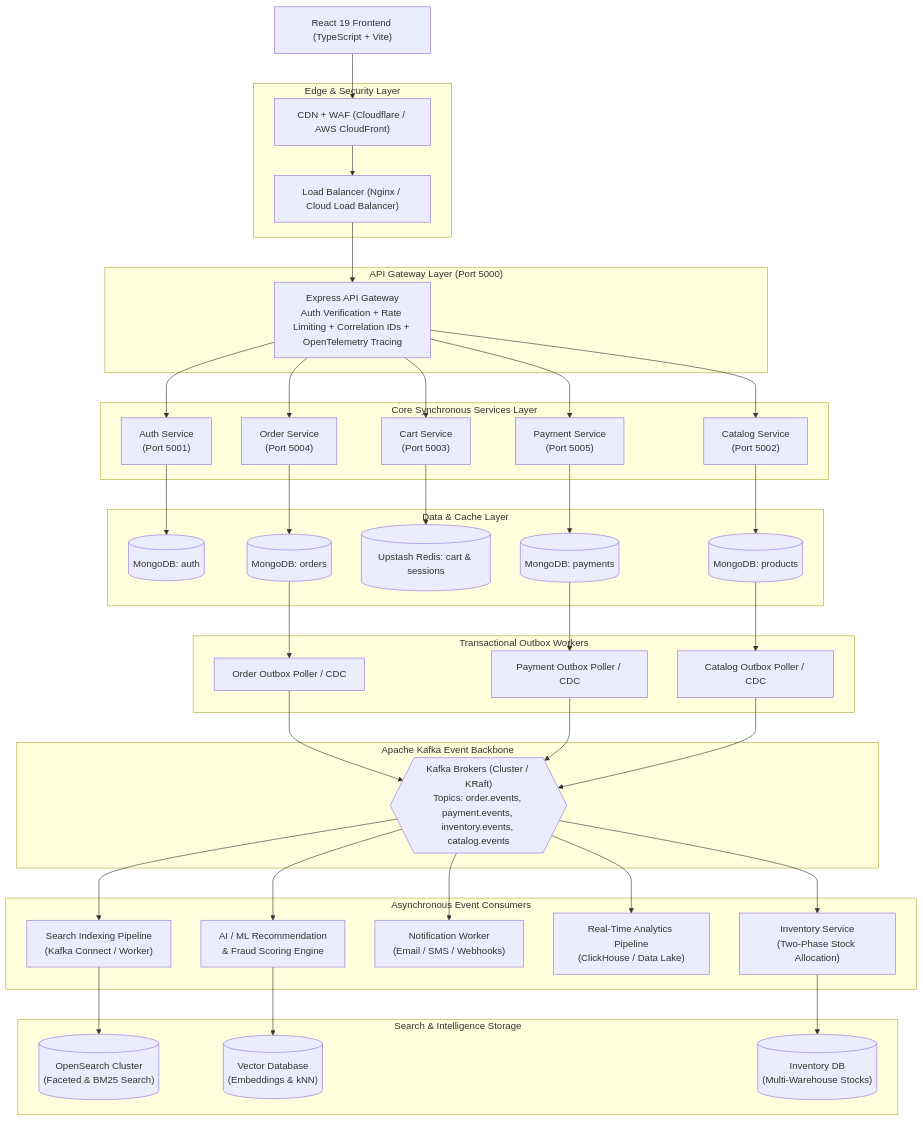
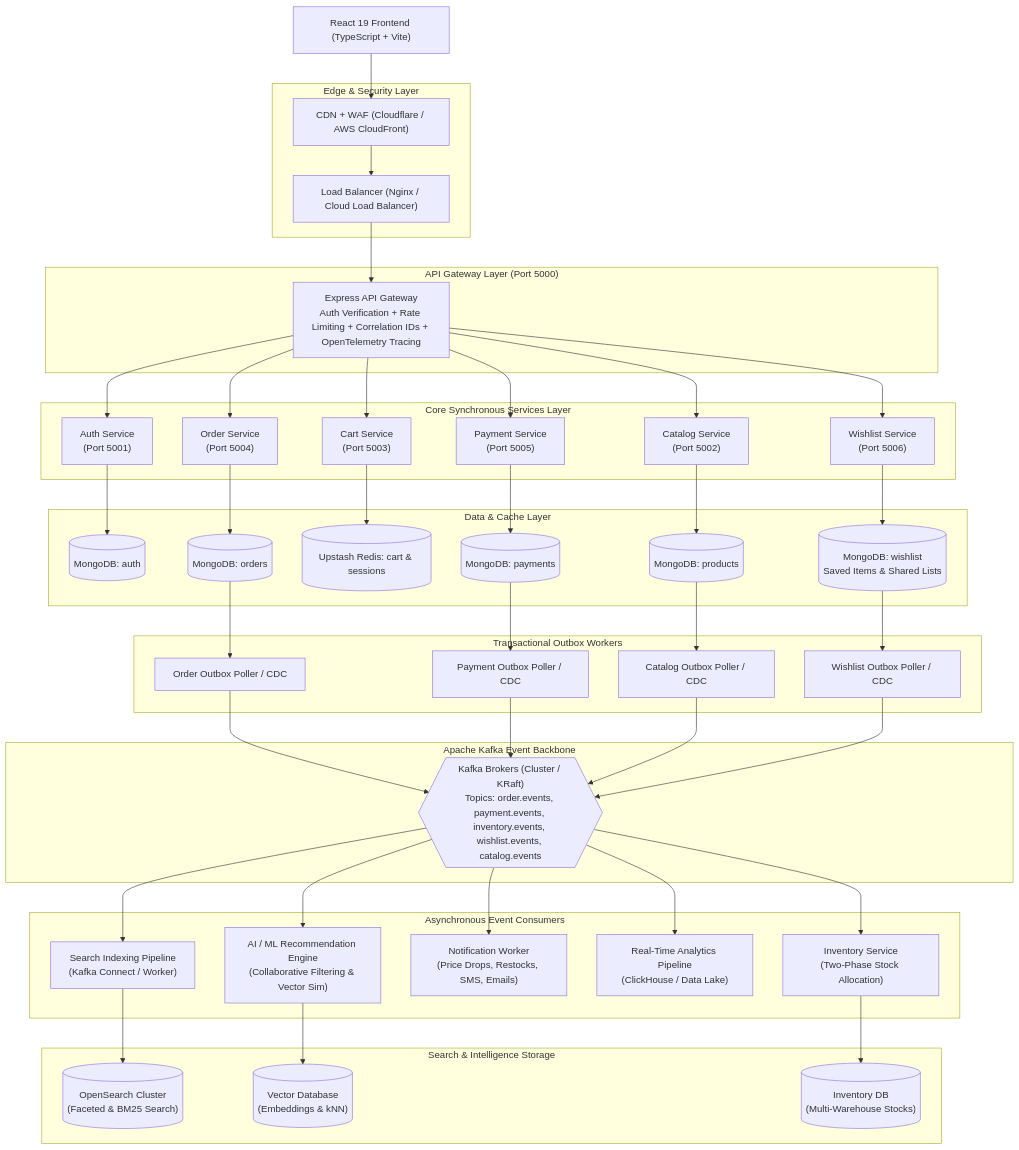
Before and after one commit to Next-Gen-Coder-2007/E-Commerce: the second of 16 diagrams in README.md, drawn with Mermaid. The commit also changed other lines of this file, not shown here.

````diff
--- a/README.md
+++ b/README.md
@@ -101,76 +102,82 @@
 ```mermaid
 flowchart TD
     Client["React 19 Frontend (TypeScript + Vite)"]
     
     subgraph EdgeLayer["Edge & Security Layer"]
         CDN["CDN + WAF (Cloudflare / AWS CloudFront)"]
         LB["Load Balancer (Nginx / Cloud Load Balancer)"]
     end
     
     subgraph GatewayLayer["API Gateway Layer (Port 5000)"]
         Gateway["Express API Gateway\nAuth Verification + Rate Limiting + Correlation IDs + OpenTelemetry Tracing"]
     end
     
     subgraph CoreServices["Core Synchronous Services Layer"]
         AuthSvc["Auth Service\n(Port 5001)"]
         CatalogSvc["Catalog Service\n(Port 5002)"]
         CartSvc["Cart Service\n(Port 5003)"]
+        WishlistSvc["Wishlist Service\n(Port 5006)"]
         OrderSvc["Order Service\n(Port 5004)"]
         PaymentSvc["Payment Service\n(Port 5005)"]
     end
 
     subgraph DataStorage["Data & Cache Layer"]
         AuthDB[("MongoDB: auth")]
         CatalogDB[("MongoDB: products")]
         CartRedis[("Upstash Redis: cart & sessions")]
+        WishlistDB[("MongoDB: wishlist\nSaved Items & Shared Lists")]
         OrderDB[("MongoDB: orders")]
         PaymentDB[("MongoDB: payments")]
     end
     
     subgraph OutboxLayer["Transactional Outbox Workers"]
         OrderOutbox["Order Outbox Poller / CDC"]
         PaymentOutbox["Payment Outbox Poller / CDC"]
         CatalogOutbox["Catalog Outbox Poller / CDC"]
+        WishlistOutbox["Wishlist Outbox Poller / CDC"]
     end
 
     subgraph EventBackbone["Apache Kafka Event Backbone"]
-        KafkaBrokers{{"Kafka Brokers (Cluster / KRaft)\nTopics: order.events, payment.events, inventory.events, catalog.events"}}
+        KafkaBrokers{{"Kafka Brokers (Cluster / KRaft)\nTopics: order.events, payment.events, inventory.events, wishlist.events, catalog.events"}}
     end
 
     subgraph AsyncWorkers["Asynchronous Event Consumers"]
         InvWorker["Inventory Service\n(Two-Phase Stock Allocation)"]
         SearchWorker["Search Indexing Pipeline\n(Kafka Connect / Worker)"]
-        NotifWorker["Notification Worker\n(Email / SMS / Webhooks)"]
+        NotifWorker["Notification Worker\n(Price Drops, Restocks, SMS, Emails)"]
         AnalyticsWorker["Real-Time Analytics Pipeline\n(ClickHouse / Data Lake)"]
-        AIWorker["AI / ML Recommendation\n& Fraud Scoring Engine"]
+        AIWorker["AI / ML Recommendation Engine\n(Collaborative Filtering & Vector Sim)"]
     end
 
     subgraph SearchAICluster["Search & Intelligence Storage"]
         OpenSearch[("OpenSearch Cluster\n(Faceted & BM25 Search)")]
         VectorDB[("Vector Database\n(Embeddings & kNN)")]
         WarehouseDB[("Inventory DB\n(Multi-Warehouse Stocks)")]
     end
 
     Client --> CDN --> LB --> Gateway
     Gateway --> AuthSvc
     Gateway --> CatalogSvc
     Gateway --> CartSvc
+    Gateway --> WishlistSvc
     Gateway --> OrderSvc
     Gateway --> PaymentSvc
     
     AuthSvc --> AuthDB
     CatalogSvc --> CatalogDB
     CartSvc --> CartRedis
+    WishlistSvc --> WishlistDB
     OrderSvc --> OrderDB
     PaymentSvc --> PaymentDB
 
     OrderDB --> OrderOutbox --> KafkaBrokers
     PaymentDB --> PaymentOutbox --> KafkaBrokers
     CatalogDB --> CatalogOutbox --> KafkaBrokers
+    WishlistDB --> WishlistOutbox --> KafkaBrokers
 
     KafkaBrokers --> InvWorker --> WarehouseDB
     KafkaBrokers --> SearchWorker --> OpenSearch
     KafkaBrokers --> NotifWorker
     KafkaBrokers --> AnalyticsWorker
     KafkaBrokers --> AIWorker --> VectorDB
 ```
````
